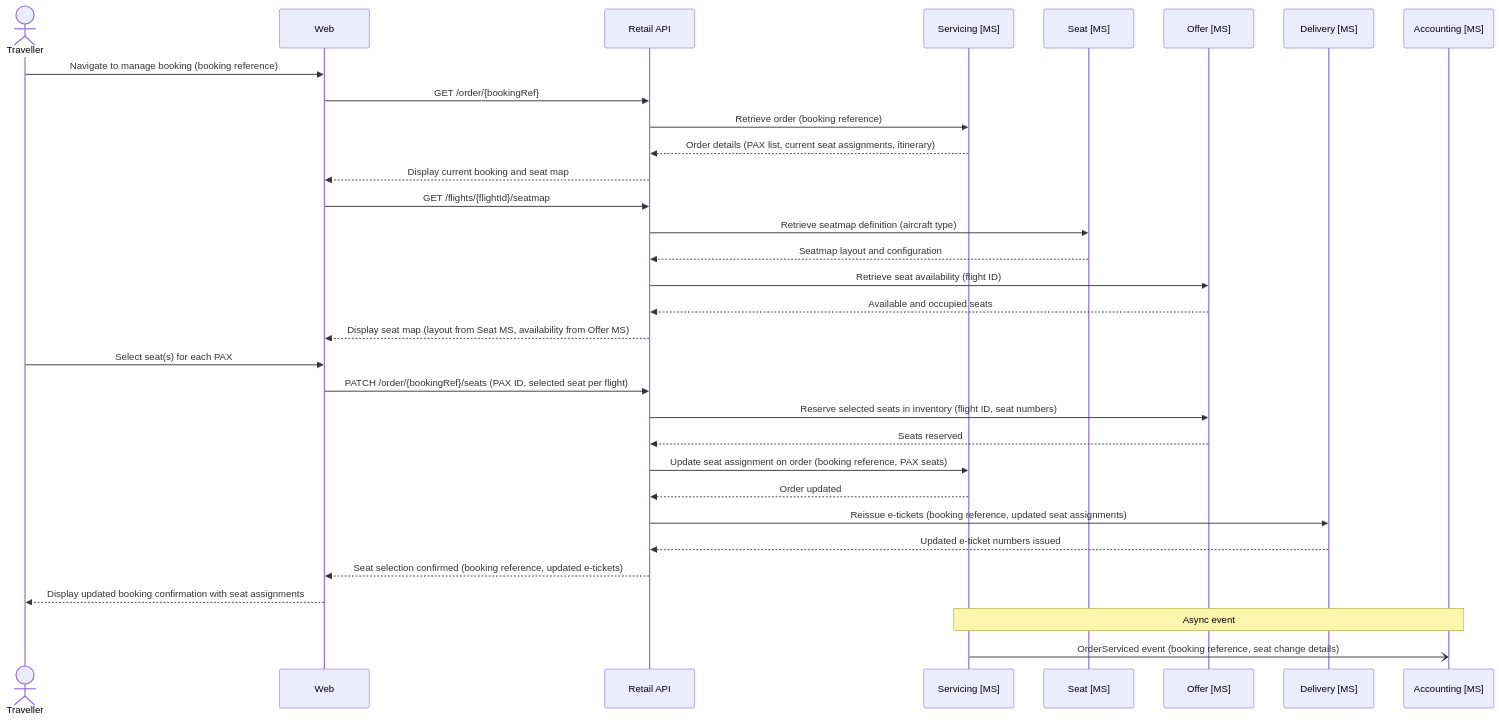
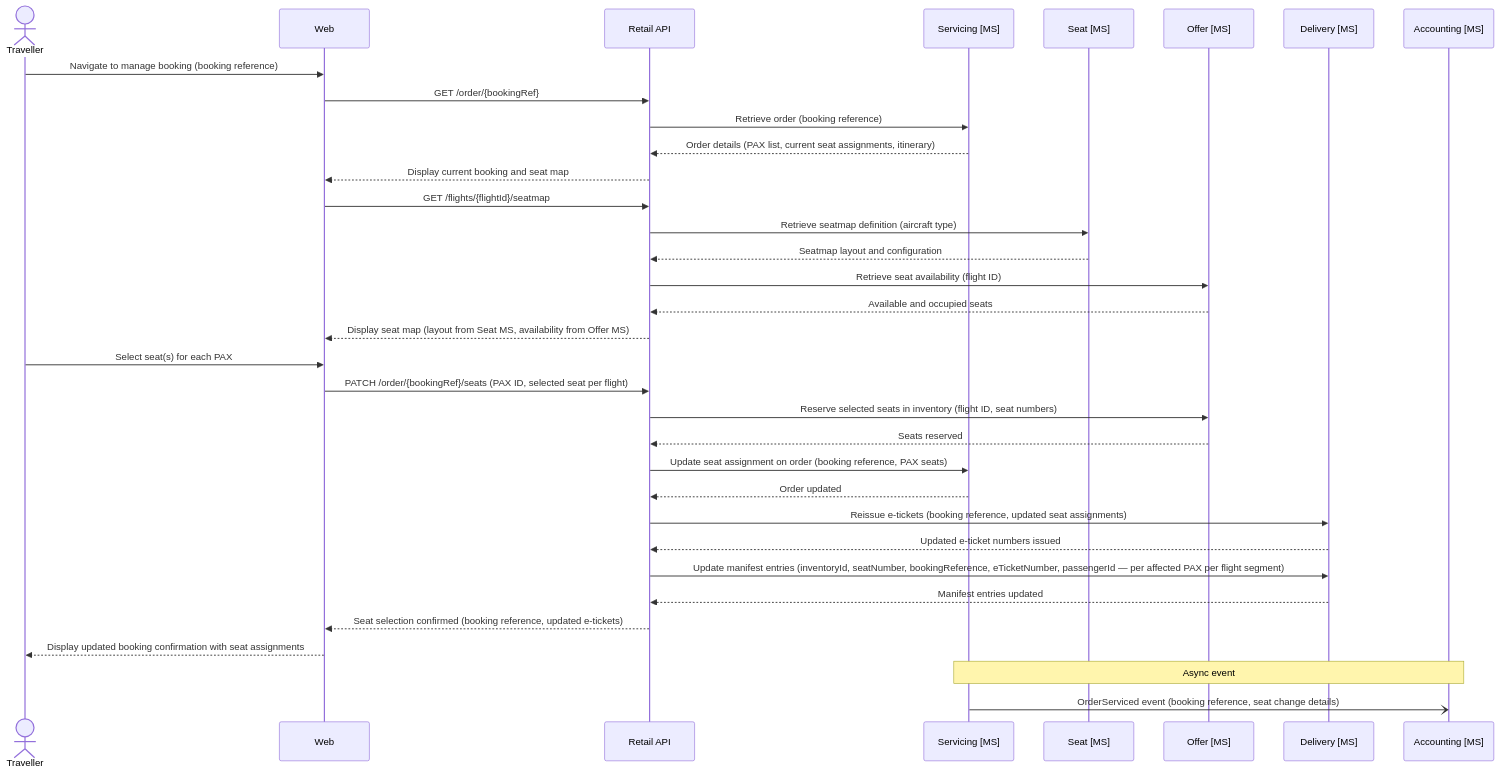
One commit to sebharvey/airline-reservation-system changed the fifth of 7 diagrams in architecture/design.md. Above: the diagram before and after it, drawn with Mermaid. The commit also changed other lines of this file, not shown here.

````diff
--- a/architecture/design.md
+++ b/architecture/design.md
@@ -532,44 +536,47 @@
 ```mermaid
 sequenceDiagram
     actor Traveller
     participant Web
     participant RetailAPI as Retail API
     participant ServicingMS as Servicing [MS]
     participant SeatMS as Seat [MS]
     participant OfferMS as Offer [MS]
     participant DeliveryMS as Delivery [MS]
     participant AccountingMS as Accounting [MS]
 
     Traveller->>Web: Navigate to manage booking (booking reference)
 
     Web->>RetailAPI: GET /order/{bookingRef}
     RetailAPI->>ServicingMS: Retrieve order (booking reference)
     ServicingMS-->>RetailAPI: Order details (PAX list, current seat assignments, itinerary)
     RetailAPI-->>Web: Display current booking and seat map
 
     Web->>RetailAPI: GET /flights/{flightId}/seatmap
     RetailAPI->>SeatMS: Retrieve seatmap definition (aircraft type)
     SeatMS-->>RetailAPI: Seatmap layout and configuration
     RetailAPI->>OfferMS: Retrieve seat availability (flight ID)
     OfferMS-->>RetailAPI: Available and occupied seats
     RetailAPI-->>Web: Display seat map (layout from Seat MS, availability from Offer MS)
 
     Traveller->>Web: Select seat(s) for each PAX
 
     Web->>RetailAPI: PATCH /order/{bookingRef}/seats (PAX ID, selected seat per flight)
 
     RetailAPI->>OfferMS: Reserve selected seats in inventory (flight ID, seat numbers)
     OfferMS-->>RetailAPI: Seats reserved
 
     RetailAPI->>ServicingMS: Update seat assignment on order (booking reference, PAX seats)
     ServicingMS-->>RetailAPI: Order updated
 
     RetailAPI->>DeliveryMS: Reissue e-tickets (booking reference, updated seat assignments)
     DeliveryMS-->>RetailAPI: Updated e-ticket numbers issued
 
+    RetailAPI->>DeliveryMS: Update manifest entries (inventoryId, seatNumber, bookingReference, eTicketNumber, passengerId — per affected PAX per flight segment)
+    DeliveryMS-->>RetailAPI: Manifest entries updated
+
     RetailAPI-->>Web: Seat selection confirmed (booking reference, updated e-tickets)
     Web-->>Traveller: Display updated booking confirmation with seat assignments
 
     Note over ServicingMS, AccountingMS: Async event
     ServicingMS-)AccountingMS: OrderServiced event (booking reference, seat change details)
 ```
````
